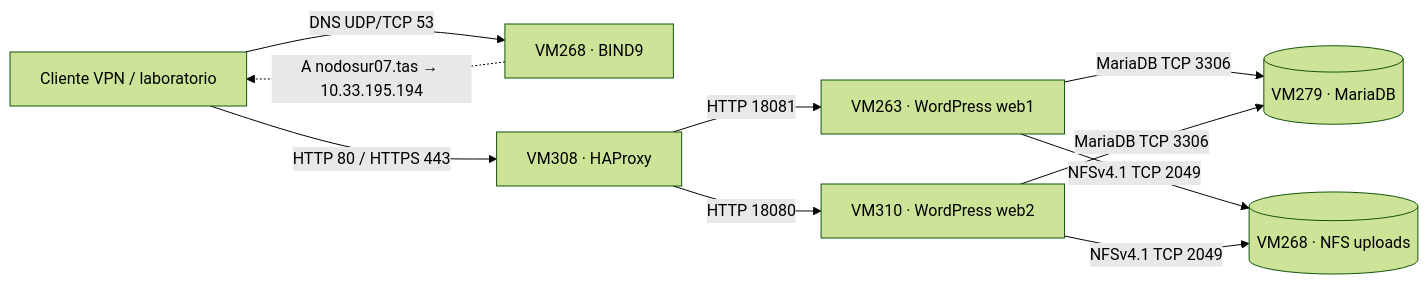
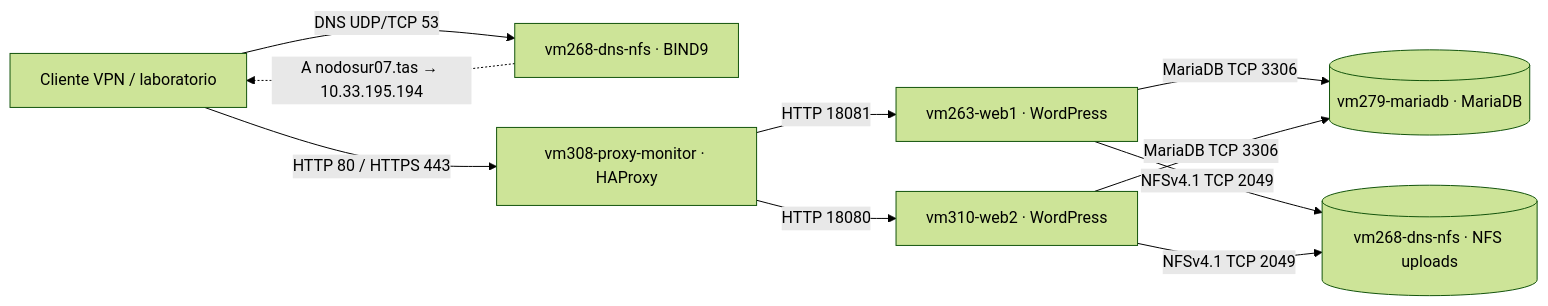
The diagram in ARQUITECTURA.md (camilodrn/nodosur-tas-grupo7), drawn with Mermaid (forest theme) before and after one commit. The commit also changed other lines of this file, not shown here.

````diff
--- a/ARQUITECTURA.md
+++ b/ARQUITECTURA.md
@@ -7,20 +7,20 @@
 ```mermaid
 flowchart LR
     Cliente["Cliente VPN / laboratorio"]
-    DNS["VM268 · BIND9"]
-    Proxy["VM308 · HAProxy"]
-    Web1["VM263 · WordPress web1"]
-    Web2["VM310 · WordPress web2"]
-    BD[("VM279 · MariaDB")]
-    NFS[("VM268 · NFS uploads")]
+    DNS["vm268-dns-nfs · BIND9"]
+    Proxy["vm308-proxy-monitor · HAProxy"]
+    Web1["vm263-web1 · WordPress"]
+    Web2["vm310-web2 · WordPress"]
+    BD[("vm279-mariadb · MariaDB")]
+    NFS[("vm268-dns-nfs · NFS uploads")]
 
     Cliente -- "DNS UDP/TCP 53" --> DNS
     DNS -. "A nodosur07.tas → 10.33.195.194" .-> Cliente
     Cliente -- "HTTP 80 / HTTPS 443" --> Proxy
     Proxy -- "HTTP 18081" --> Web1
     Proxy -- "HTTP 18080" --> Web2
     Web1 -- "MariaDB TCP 3306" --> BD
     Web2 -- "MariaDB TCP 3306" --> BD
     Web1 -- "NFSv4.1 TCP 2049" --> NFS
     Web2 -- "NFSv4.1 TCP 2049" --> NFS
 ```
````
